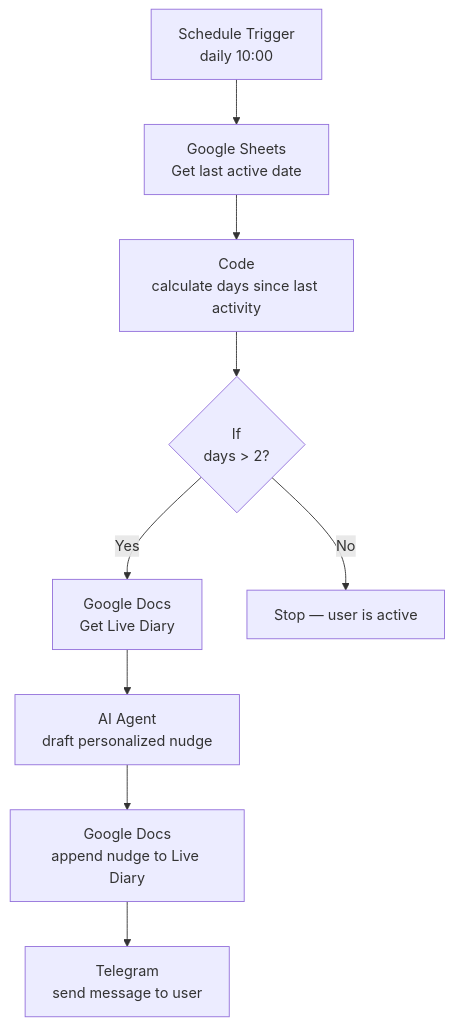
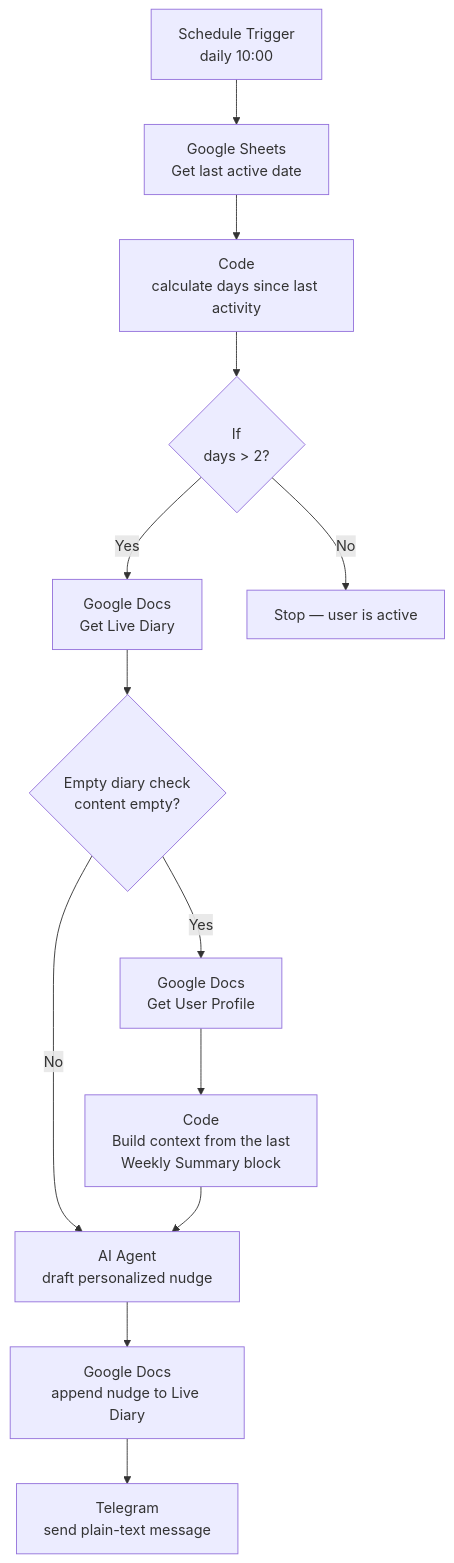
The third of 4 diagrams in docs/ARCHITECTURE.md (Vojta01/aura-therapist), drawn with Mermaid before and after one commit. The commit also changed other lines of this file and 3 other files, not shown here.

First line of the commit message:
feat(aura-proactive): plain-text send + empty-diary profile fallback

````diff
--- a/docs/ARCHITECTURE.md
+++ b/docs/ARCHITECTURE.md
@@ -129,11 +129,15 @@
 ```mermaid
 flowchart TD
     A[Schedule Trigger<br/>daily 10:00] --> B[Google Sheets<br/>Get last active date]
     B --> C[Code<br/>calculate days since last activity]
     C --> D{If<br/>days > 2?}
     D -->|Yes| E[Google Docs<br/>Get Live Diary]
     D -->|No| Z[Stop — user is active]
-    E --> F[AI Agent<br/>draft personalized nudge]
+    E --> E2{Empty diary check<br/>content empty?}
+    E2 -->|No| F[AI Agent<br/>draft personalized nudge]
+    E2 -->|Yes| P[Google Docs<br/>Get User Profile]
+    P --> Q[Code<br/>Build context from the last<br/>Weekly Summary block]
+    Q --> F
     F --> G[Google Docs<br/>append nudge to Live Diary]
-    G --> H[Telegram<br/>send message to user]
+    G --> H[Telegram<br/>send plain-text message]
 ```
````
